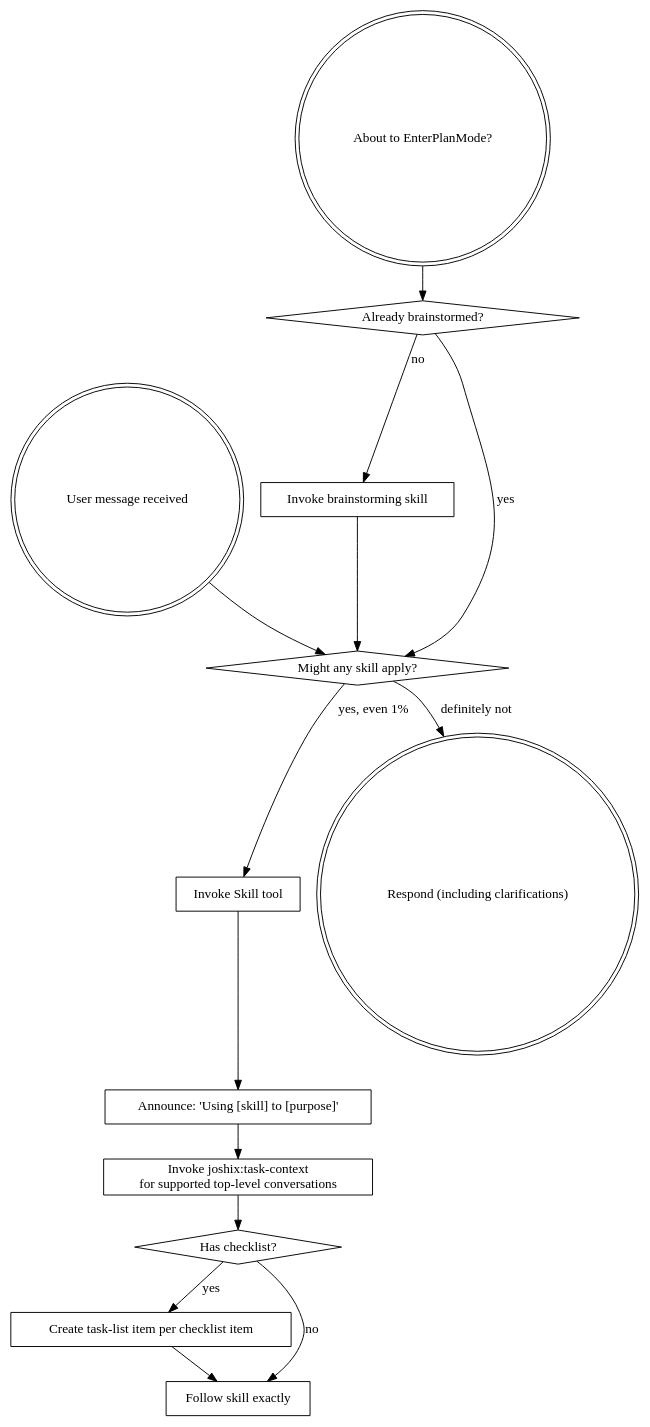
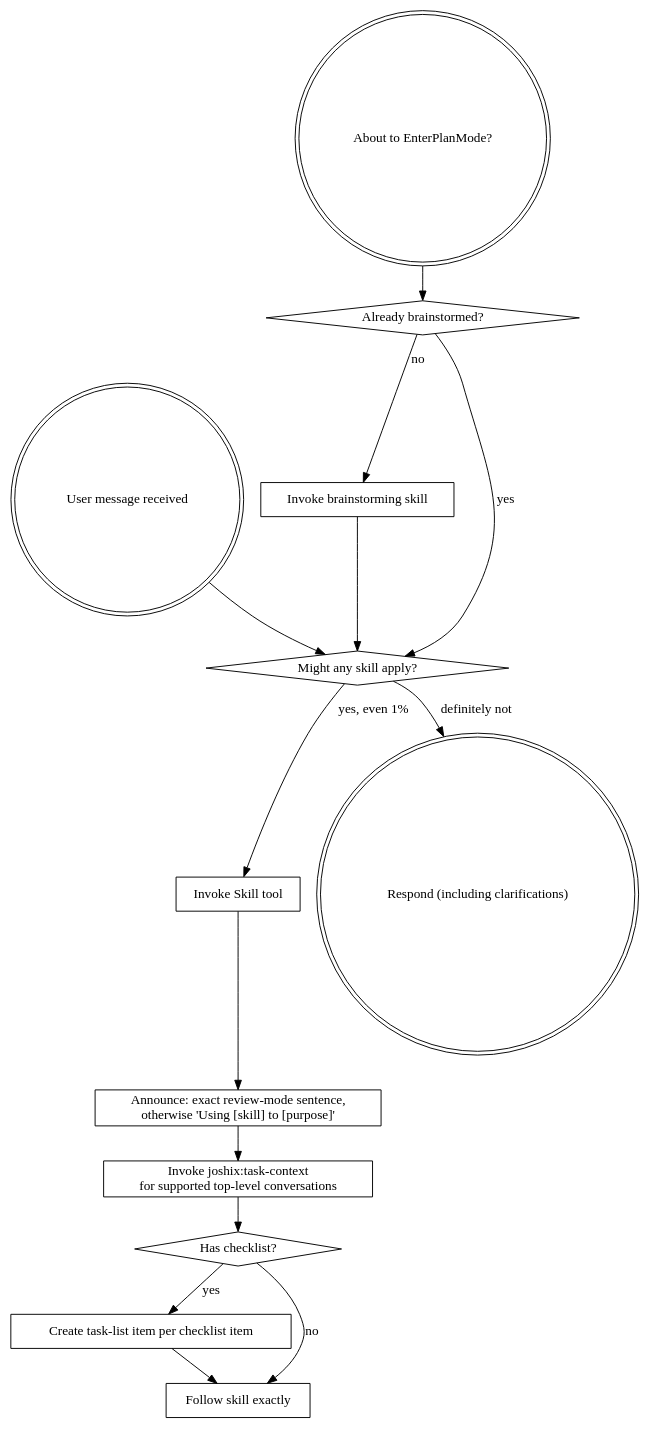
Before and after one commit to jjanyan/joshix: the diagram in skills/using-joshix/SKILL.md, drawn with Graphviz. The commit also changed other lines of this file and 37 other files, not shown here.

````diff
--- a/skills/using-joshix/SKILL.md
+++ b/skills/using-joshix/SKILL.md
@@ -73,31 +87,31 @@
 ```dot
 digraph skill_flow {
     "User message received" [shape=doublecircle];
     "About to EnterPlanMode?" [shape=doublecircle];
     "Already brainstormed?" [shape=diamond];
     "Invoke brainstorming skill" [shape=box];
     "Might any skill apply?" [shape=diamond];
     "Invoke Skill tool" [shape=box];
-    "Announce: 'Using [skill] to [purpose]'" [shape=box];
+    "Announce: exact review-mode sentence,\notherwise 'Using [skill] to [purpose]'" [shape=box];
     "Invoke joshix:task-context\nfor supported top-level conversations" [shape=box];
     "Has checklist?" [shape=diamond];
     "Create task-list item per checklist item" [shape=box];
     "Follow skill exactly" [shape=box];
     "Respond (including clarifications)" [shape=doublecircle];
 
     "About to EnterPlanMode?" -> "Already brainstormed?";
     "Already brainstormed?" -> "Invoke brainstorming skill" [label="no"];
     "Already brainstormed?" -> "Might any skill apply?" [label="yes"];
     "Invoke brainstorming skill" -> "Might any skill apply?";
 
     "User message received" -> "Might any skill apply?";
     "Might any skill apply?" -> "Invoke Skill tool" [label="yes, even 1%"];
     "Might any skill apply?" -> "Respond (including clarifications)" [label="definitely not"];
-    "Invoke Skill tool" -> "Announce: 'Using [skill] to [purpose]'";
-    "Announce: 'Using [skill] to [purpose]'" -> "Invoke joshix:task-context\nfor supported top-level conversations";
+    "Invoke Skill tool" -> "Announce: exact review-mode sentence,\notherwise 'Using [skill] to [purpose]'";
+    "Announce: exact review-mode sentence,\notherwise 'Using [skill] to [purpose]'" -> "Invoke joshix:task-context\nfor supported top-level conversations";
     "Invoke joshix:task-context\nfor supported top-level conversations" -> "Has checklist?";
     "Has checklist?" -> "Create task-list item per checklist item" [label="yes"];
     "Has checklist?" -> "Follow skill exactly" [label="no"];
     "Create task-list item per checklist item" -> "Follow skill exactly";
 }
 ```
````
